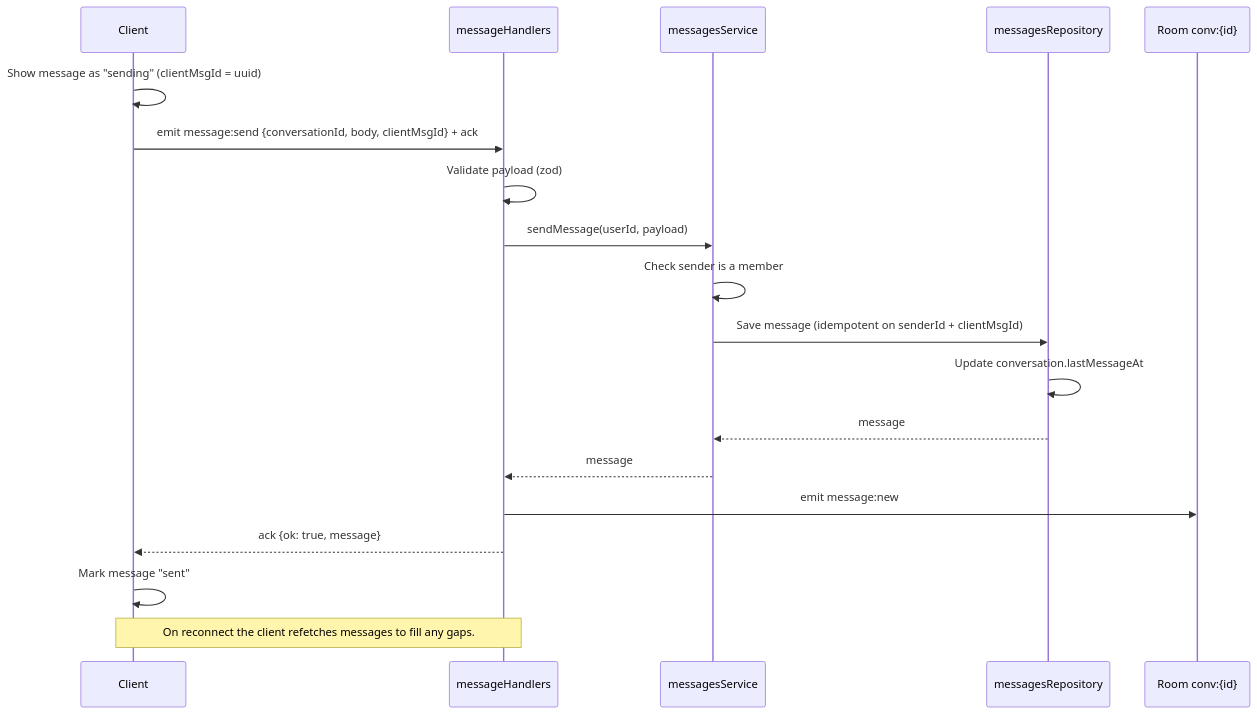
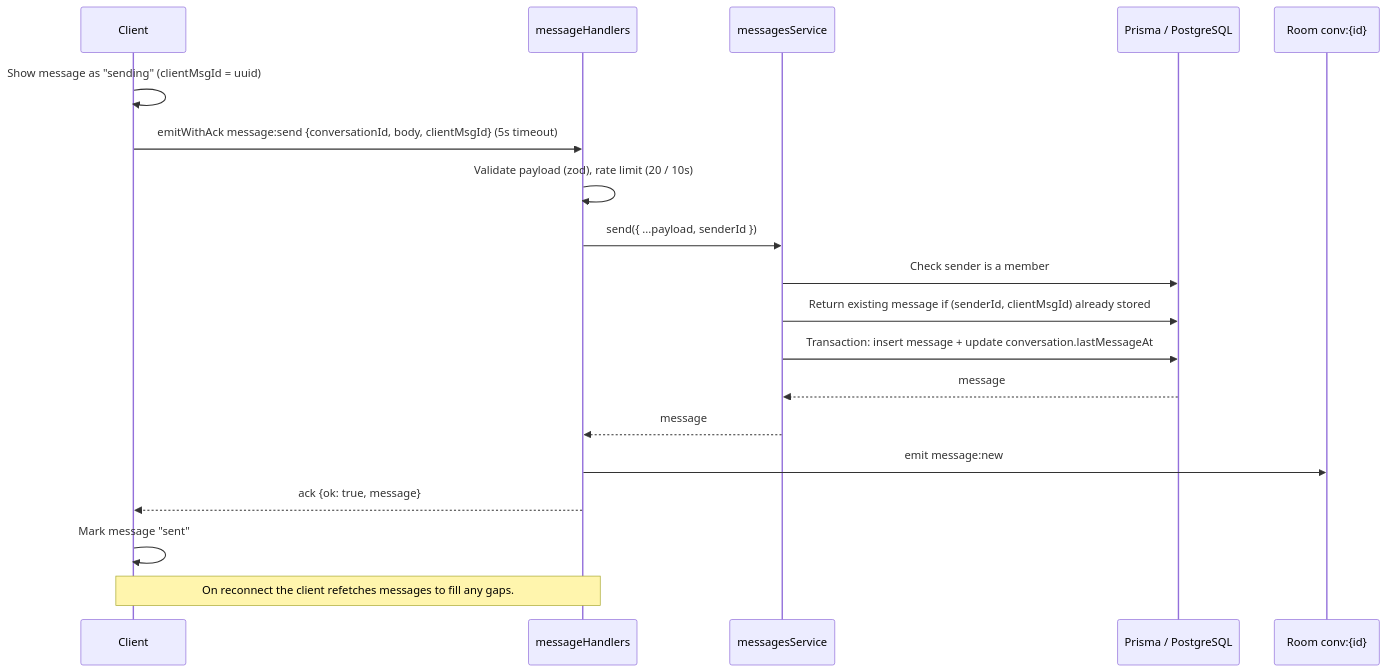
One commit to kengeene/cic_chat_app changed the fourth of 5 diagrams in docs/ARCHITECTURE.md. Above: the diagram before and after it, drawn with Mermaid. The commit also changed other lines of this file and 104 other files, not shown here.

````diff
--- a/docs/ARCHITECTURE.md
+++ b/docs/ARCHITECTURE.md
@@ -98,22 +101,22 @@
 ```mermaid
 sequenceDiagram
   participant C as Client
   participant H as messageHandlers
   participant S as messagesService
-  participant R as messagesRepository
+  participant DB as Prisma / PostgreSQL
   participant Room as Room conv:{id}
 
   C->>C: Show message as "sending" (clientMsgId = uuid)
-  C->>H: emit message:send {conversationId, body, clientMsgId} + ack
-  H->>H: Validate payload (zod)
-  H->>S: sendMessage(userId, payload)
-  S->>S: Check sender is a member
-  S->>R: Save message (idempotent on senderId + clientMsgId)
-  R->>R: Update conversation.lastMessageAt
-  R-->>S: message
+  C->>H: emitWithAck message:send {conversationId, body, clientMsgId} (5s timeout)
+  H->>H: Validate payload (zod), rate limit (20 / 10s)
+  H->>S: send({ ...payload, senderId })
+  S->>DB: Check sender is a member
+  S->>DB: Return existing message if (senderId, clientMsgId) already stored
+  S->>DB: Transaction: insert message + update conversation.lastMessageAt
+  DB-->>S: message
   S-->>H: message
   H->>Room: emit message:new
   H-->>C: ack {ok: true, message}
   C->>C: Mark message "sent"
   Note over C,H: On reconnect the client refetches messages to fill any gaps.
 ```
````
